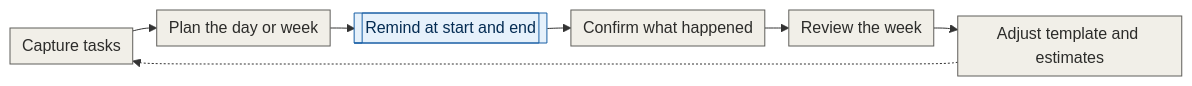
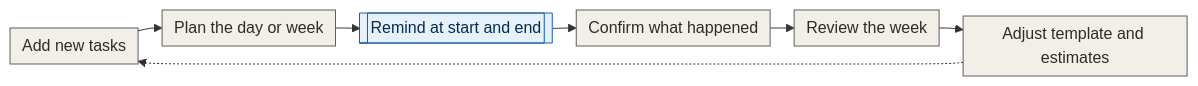
The first of 2 diagrams in docs/design/01-user-flows/README.md (tor4/ai-planner), drawn with Mermaid before and after one commit. The commit also changed other lines of this file and 17 other files, not shown here.

````diff
--- a/docs/design/01-user-flows/README.md
+++ b/docs/design/01-user-flows/README.md
@@ -40,13 +40,13 @@
 ```mermaid
 %%{init: {"flowchart": {"nodeSpacing": 16, "rankSpacing": 24, "padding": 6}}}%%
 flowchart LR
-  J1[Capture tasks]:::step --> J2[Plan the day or week]:::step --> J3[[Remind at start and end]]:::sys --> J4[Confirm what happened]:::step --> J5[Review the week]:::step --> J6[Adjust template and estimates]:::step
+  J1[Add new tasks]:::step --> J2[Plan the day or week]:::step --> J3[[Remind at start and end]]:::sys --> J4[Confirm what happened]:::step --> J5[Review the week]:::step --> J6[Adjust template and estimates]:::step
   J6 -.-> J1
   classDef step fill:#F1EFE8,stroke:#5F5E5A,color:#2C2C2A
   classDef sys fill:#E6F1FB,stroke:#185FA5,color:#042C53
   classDef ok fill:#E1F5EE,stroke:#0F6E56,color:#04342C
   classDef exit fill:#FFFFFF,stroke:#5F5E5A,color:#2C2C2A,stroke-dasharray:2 2
   classDef decision fill:#FAEEDA,stroke:#854F0B,color:#412402
   classDef state fill:#EEEDFE,stroke:#534AB7,color:#26215C,stroke-dasharray:4 3
   classDef error fill:#FAECE7,stroke:#993C1D,color:#4A1B0C,stroke-width:3px
 ```
````
